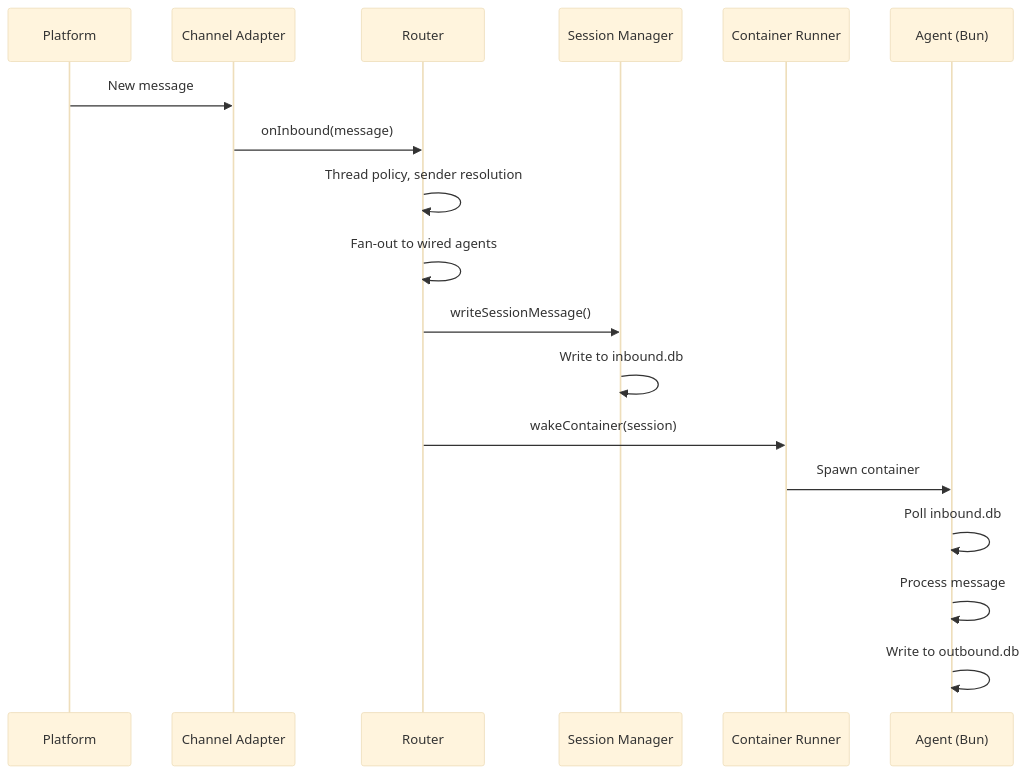
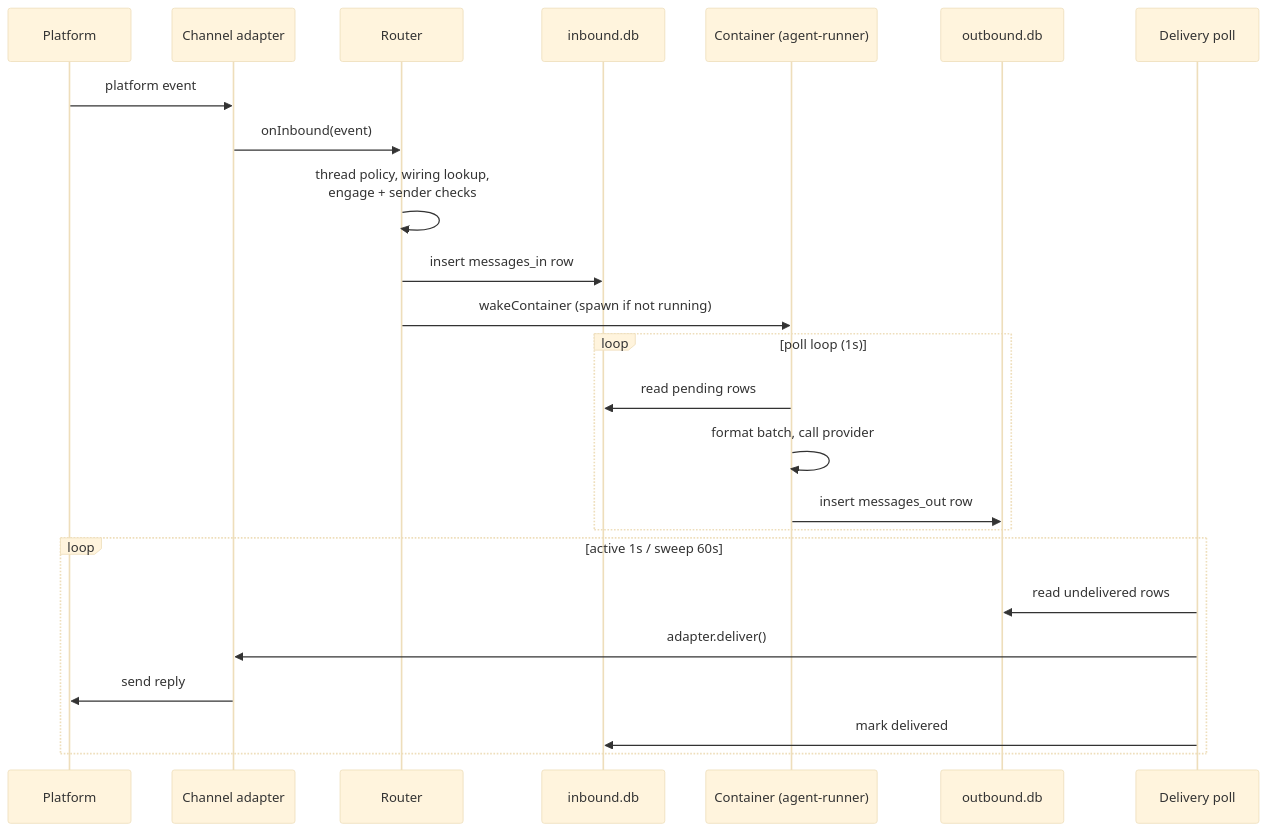
Before and after one commit to glifocat/nanoclaw-docs: the diagram in concepts/architecture.mdx, drawn with Mermaid (base theme). The commit also changed other lines of this file, not shown here.

Commit message:
docs: rewrite architecture against v2 source

````diff
--- a/concepts/architecture.mdx
+++ b/concepts/architecture.mdx
@@ -147,21 +21,27 @@
 ```mermaid
 sequenceDiagram
-    participant PL as Platform
-    participant CA as Channel Adapter
-    participant RT as Router
-    participant SM as Session Manager
-    participant CR as Container Runner
-    participant AG as Agent (Bun)
+    participant P as Platform
+    participant A as Channel adapter
+    participant R as Router
+    participant I as inbound.db
+    participant C as Container (agent-runner)
+    participant O as outbound.db
+    participant D as Delivery poll
 
-    PL->>CA: New message
-    CA->>RT: onInbound(message)
-    RT->>RT: Thread policy, sender resolution
-    RT->>RT: Fan-out to wired agents
-    RT->>SM: writeSessionMessage()
-    SM->>SM: Write to inbound.db
-    RT->>CR: wakeContainer(session)
-    CR->>AG: Spawn container
-    AG->>AG: Poll inbound.db
-    AG->>AG: Process message
-    AG->>AG: Write to outbound.db
+    P->>A: platform event
+    A->>R: onInbound(event)
+    R->>R: thread policy, wiring lookup,<br/>engage + sender checks
+    R->>I: insert messages_in row
+    R->>C: wakeContainer (spawn if not running)
+    loop poll loop (1s)
+        C->>I: read pending rows
+        C->>C: format batch, call provider
+        C->>O: insert messages_out row
+    end
+    loop active 1s / sweep 60s
+        D->>O: read undelivered rows
+        D->>A: adapter.deliver()
+        A->>P: send reply
+        D->>I: mark delivered
+    end
 ```
````
